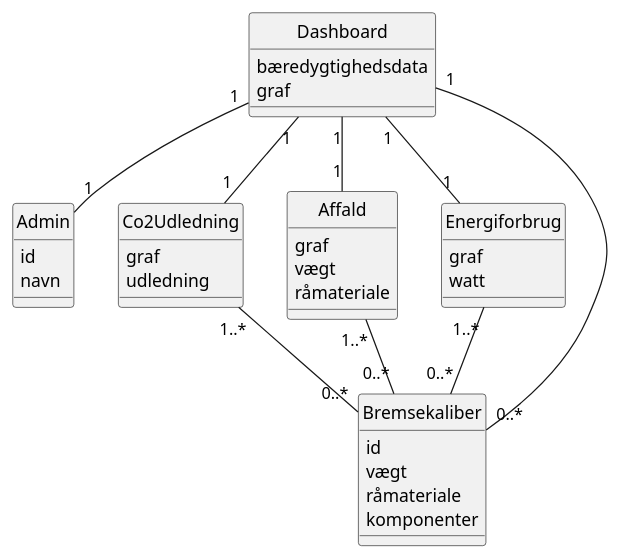
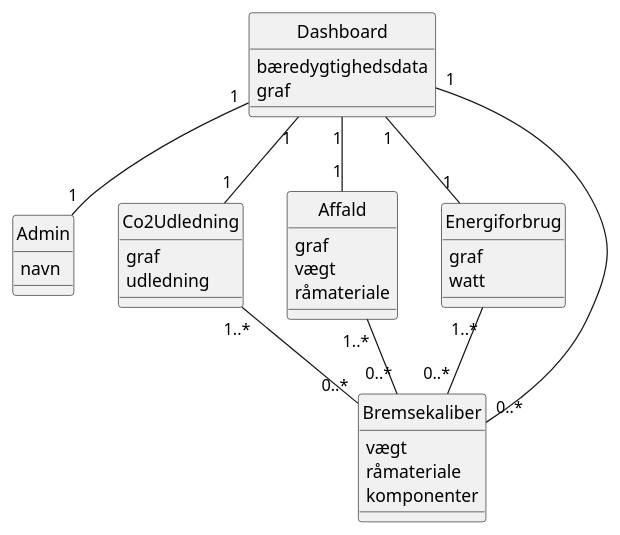
The diagram in Budweg/Artefacts/BudwegDomainModel.plantuml (FilipMeldal/Team1A), drawn with PlantUML before and after one commit.

```diff
--- a/Budweg/Artefacts/BudwegDomainModel.plantuml
+++ b/Budweg/Artefacts/BudwegDomainModel.plantuml
@@ -1,58 +1,56 @@
 @startuml
 hide circle
 
 
 
 Dashboard "1" -- "1" Admin
 Dashboard "1" -- "1" Co2Udledning
 Dashboard "1" -- "1" Affald
 Dashboard "1" -- "1" Energiforbrug
 Dashboard "1" -- "0..*" Bremsekaliber
 Co2Udledning "1..*" -- "0..*" Bremsekaliber
 Affald "1..*" -- "0..*" Bremsekaliber
 Energiforbrug "1..*" -- "0..*" Bremsekaliber
 
 
 Class Bremsekaliber
 {
-    id
     vægt
     råmateriale
     komponenter
 }
 
 Class Admin
 {
-    id
     navn
 }
 
 
 Class Dashboard
 {
     bæredygtighedsdata
     graf
 }
 
 Class Co2Udledning 
 {
     graf
     udledning
 }
 
 Class Affald
 {
     graf
     vægt
     råmateriale
 }
 
 Class Energiforbrug
 {
     graf
     watt
 }
 
 
 
 @enduml
```
